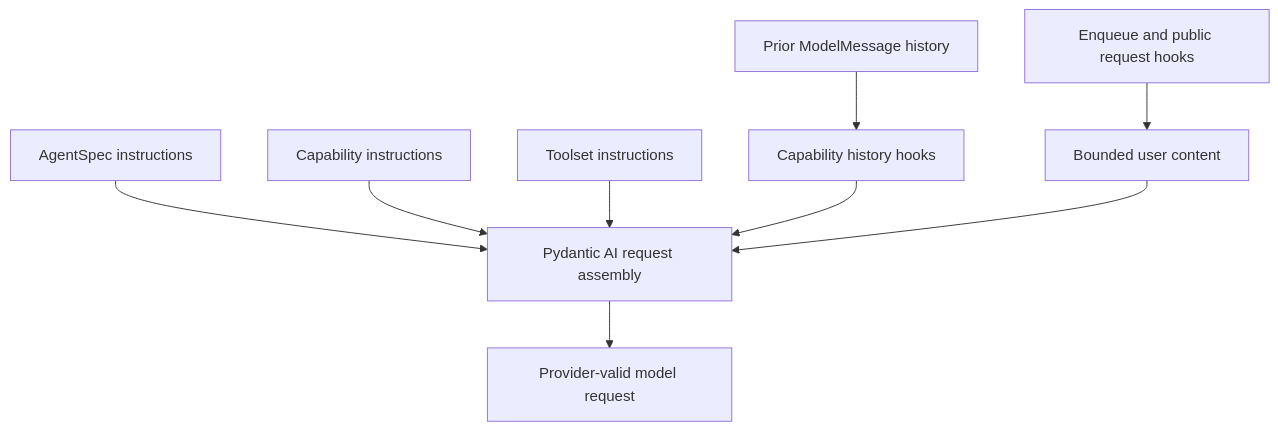
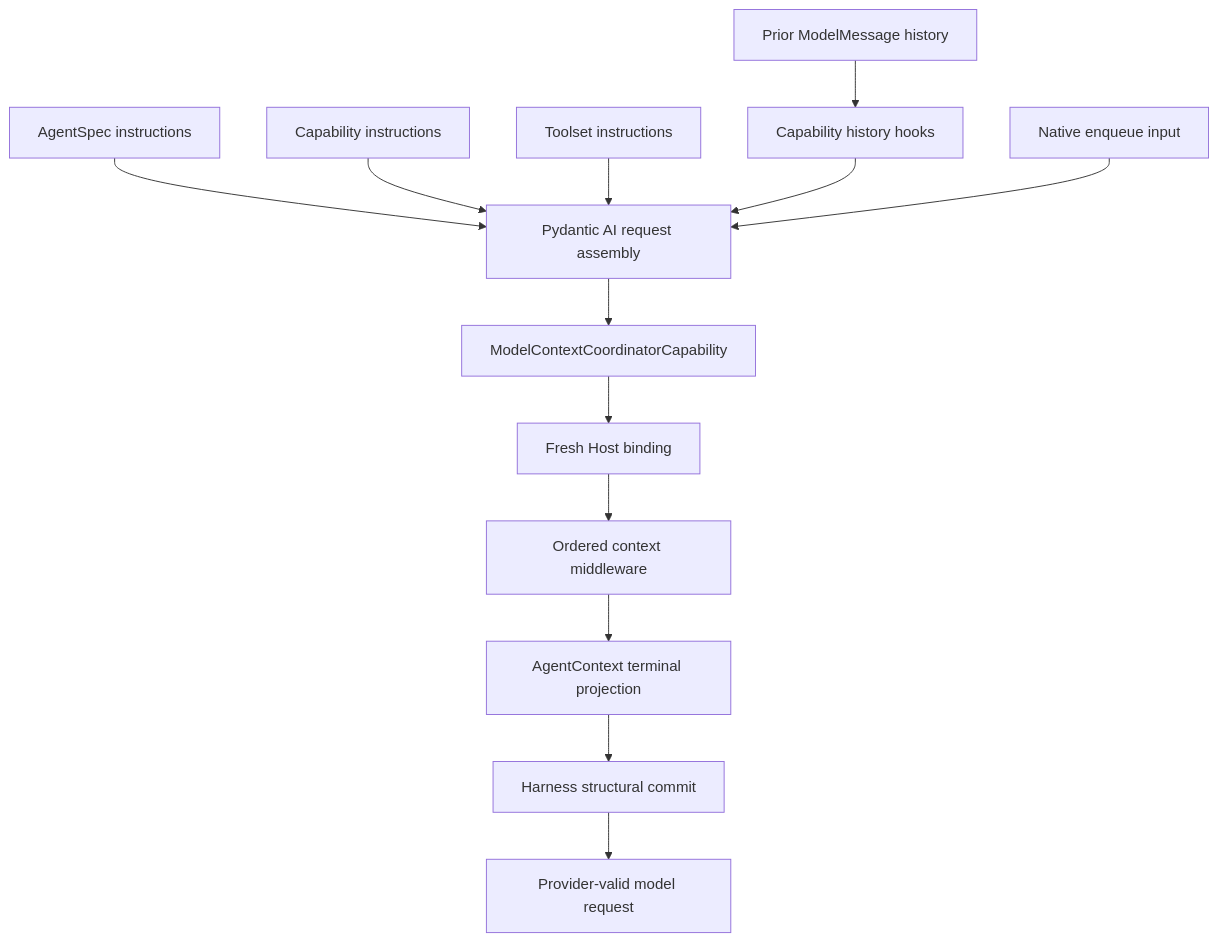
The first of 2 diagrams in spec/agent-harness/09-context-and-memory.md (LTThreeComma/agent-foundation), drawn with Mermaid before and after one commit. The commit also changed other lines of this file and 92 other files, not shown here.

````diff
--- a/spec/agent-harness/09-context-and-memory.md
+++ b/spec/agent-harness/09-context-and-memory.md
@@ -11,11 +13,15 @@
 ```mermaid
 flowchart TB
     Agent[AgentSpec instructions] --> PAI[Pydantic AI request assembly]
     Capability[Capability instructions] --> PAI
     Toolset[Toolset instructions] --> PAI
     Messages[Prior ModelMessage history] --> History[Capability history hooks]
     History --> PAI
-    Dynamic[Enqueue and public request hooks] --> User[Bounded user content]
-    User --> PAI
-    PAI --> Request[Provider-valid model request]
+    Enqueue[Native enqueue input] --> PAI
+    PAI --> Coordinator[ModelContextCoordinatorCapability]
+    Host[Fresh Host binding] --> Chain[Ordered context middleware]
+    Chain --> Base[AgentContext terminal projection]
+    Base --> Commit[Harness structural commit]
+    Coordinator --> Host
+    Commit --> Request[Provider-valid model request]
 ```
````
